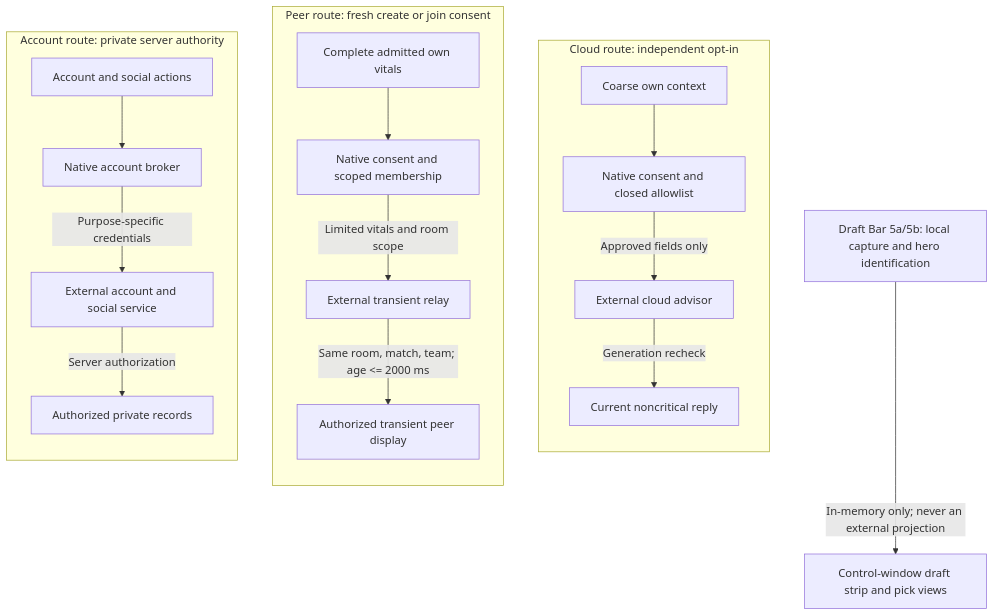
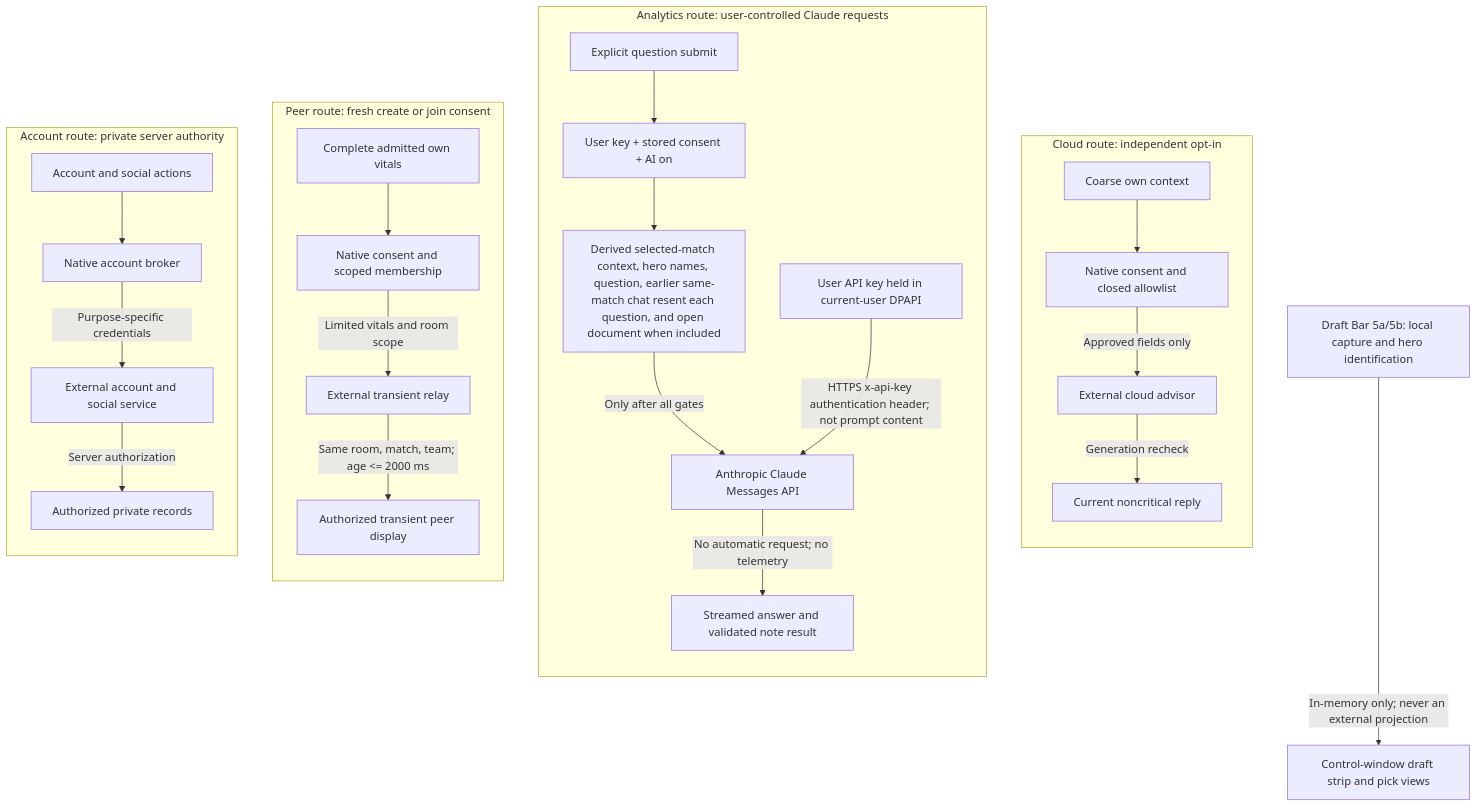
One commit to Freshair129/kohbor changed the diagram in docs/diagrams/source/DGM-005-external-data-flow.mmd. Above: the diagram before and after it, drawn with Mermaid. The commit also changed 58 other files, not shown here.

First line of the commit message:
feat(analytics): three-column Analytics page with Claude chat on the user's key

```diff
--- a/docs/diagrams/source/DGM-005-external-data-flow.mmd
+++ b/docs/diagrams/source/DGM-005-external-data-flow.mmd
@@ -1,34 +1,47 @@
 flowchart TB
   subgraph CloudRoute["Cloud route: independent opt-in"]
     direction TB
     Context["Coarse own context"]
     CloudGate["Native consent and closed allowlist"]
     Cloud["External cloud advisor"]
     Reply["Current noncritical reply"]
     Context --> CloudGate
     CloudGate -->|"Approved fields only"| Cloud
     Cloud -->|"Generation recheck"| Reply
+  end
+  subgraph AnalyticsRoute["Analytics route: user-controlled Claude requests"]
+    direction TB
+    AnalyticsSubmit["Explicit question submit"]
+    AnalyticsGate["User key + stored consent + AI on"]
+    AnalyticsPayload["Derived selected-match context, hero names, question, earlier same-match chat resent each question, and open document when included"]
+    UserKey["User API key held in current-user DPAPI"]
+    Claude["Anthropic Claude Messages API"]
+    AnalyticsResult["Streamed answer and validated note result"]
+    AnalyticsSubmit --> AnalyticsGate --> AnalyticsPayload
+    AnalyticsPayload -->|"Only after all gates"| Claude
+    UserKey -->|"HTTPS x-api-key authentication header; not prompt content"| Claude
+    Claude -->|"No automatic request; no telemetry"| AnalyticsResult
   end
   subgraph PeerRoute["Peer route: fresh create or join consent"]
     direction TB
     OwnVitals["Complete admitted own vitals"]
     PeerGate["Native consent and scoped membership"]
     Relay["External transient relay"]
     PeerView["Authorized transient peer display"]
     OwnVitals --> PeerGate
     PeerGate -->|"Limited vitals and room scope"| Relay
     Relay -->|"Same room, match, team; age <= 2000 ms"| PeerView
   end
   subgraph AccountRoute["Account route: private server authority"]
     direction TB
     AccountAction["Account and social actions"]
     Broker["Native account broker"]
     Social["External account and social service"]
     Records["Authorized private records"]
     AccountAction --> Broker
     Broker -->|"Purpose-specific credentials"| Social
     Social -->|"Server authorization"| Records
   end
   DraftLocal["Draft Bar 5a/5b: local capture and hero identification"]
   ControlDisplay["Control-window draft strip and pick views"]
   DraftLocal -->|"In-memory only; never an external projection"| ControlDisplay
```
